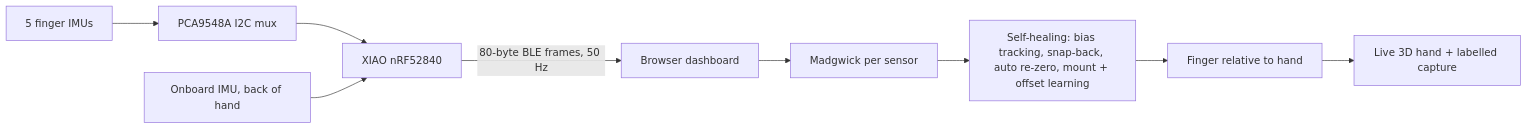
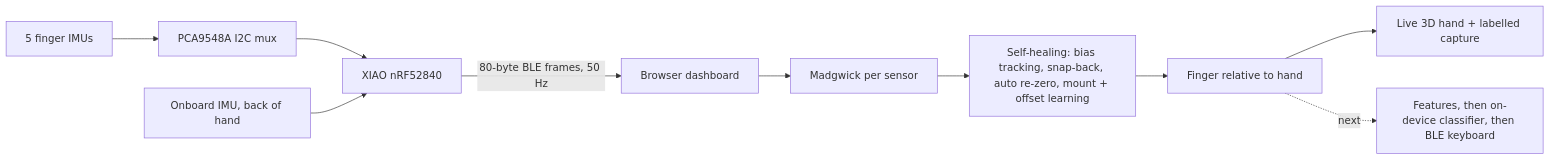
The diagram in README.md (PiyushPapaya/Cheirograph), drawn with Mermaid before and after one commit. The commit also changed other lines of this file and 3 other files, not shown here.

Commit message:
README: full rewrite with media grid, status incl. thumb rig, results, bugs and roadmap; log it and the open video decision

````diff
--- a/README.md
+++ b/README.md
@@ -65,11 +80,12 @@
 ```mermaid
 flowchart LR
     F[5 finger IMUs] --> MUX[PCA9548A I2C mux]
     MUX --> MCU[XIAO nRF52840]
     H[Onboard IMU, back of hand] --> MCU
     MCU -->|80-byte BLE frames, 50 Hz| DASH[Browser dashboard]
     DASH --> FUS[Madgwick per sensor]
     FUS --> HEAL[Self-healing: bias tracking, snap-back, auto re-zero, mount + offset learning]
     HEAL --> REL[Finger relative to hand]
     REL --> VIS[Live 3D hand + labelled capture]
+    REL -.next.-> ML[Features, then on-device classifier, then BLE keyboard]
 ```
````
